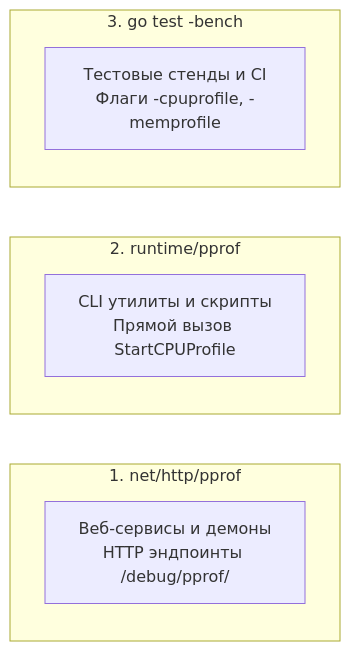
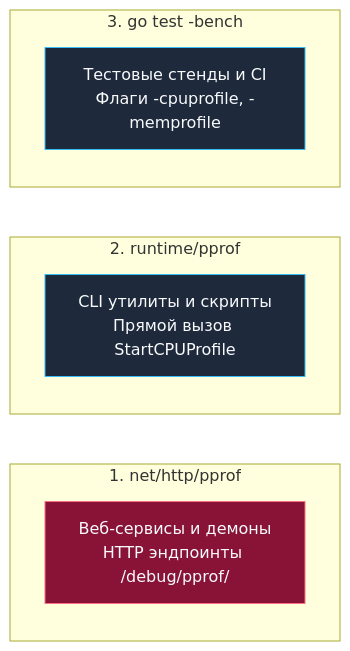
One commit to UnrealTemplier/go-textbook changed the third of 5 diagrams in sources/16. Профилирование, отладка и производительность/03. CPU profiling/1. pprof. Введение.md. Above: the diagram before and after it, drawn with Mermaid. The commit also changed other lines of this file and 1666 other files, not shown here.

First line of the commit message:
feat(mermaid): add semantic color classDef to 1369 colorless flowchart/graph diagrams

````diff
--- a/sources/16. Профилирование, отладка и производительность/03. CPU profiling/1. pprof. Введение.md
+++ b/sources/16. Профилирование, отладка и производительность/03. CPU profiling/1. pprof. Введение.md
@@ -180,14 +190,24 @@
 ```mermaid
 flowchart LR
+    classDef process  fill:#1e293b,stroke:#38bdf8,stroke-width:1px,color:#f8fafc
+    classDef success  fill:#064e3b,stroke:#34d399,stroke-width:1px,color:#f8fafc
+    classDef error    fill:#7f1d1d,stroke:#f87171,stroke-width:1px,color:#f8fafc
+    classDef warning  fill:#78350f,stroke:#fbbf24,stroke-width:1px,color:#f8fafc
+    classDef entry    fill:#1e3a5f,stroke:#38bdf8,stroke-width:2px,color:#f8fafc
+    classDef aux      fill:#334155,stroke:#64748b,stroke-width:1px,color:#f8fafc
+    classDef system   fill:#312e81,stroke:#a78bfa,stroke-width:1px,color:#f8fafc
+    classDef data     fill:#132d29,stroke:#2dd4bf,stroke-width:1px,color:#f8fafc
+    classDef network  fill:#881337,stroke:#fb7185,stroke-width:1px,color:#f8fafc
+    classDef accent   fill:#1e1b4b,stroke:#818cf8,stroke-width:1px,color:#f8fafc
     subgraph Method1["1. net/http/pprof"]
-        M1["Веб-сервисы и демоны<br>HTTP эндпоинты /debug/pprof/"]
+        M1["Веб-сервисы и демоны<br>HTTP эндпоинты /debug/pprof/"]:::network
     end
 
     subgraph Method2["2. runtime/pprof"]
-        M2["CLI утилиты и скрипты<br>Прямой вызов StartCPUProfile"]
+        M2["CLI утилиты и скрипты<br>Прямой вызов StartCPUProfile"]:::process
     end
 
     subgraph Method3["3. go test -bench"]
-        M3["Тестовые стенды и CI<br>Флаги -cpuprofile, -memprofile"]
+        M3["Тестовые стенды и CI<br>Флаги -cpuprofile, -memprofile"]:::process
     end
 ```
````
